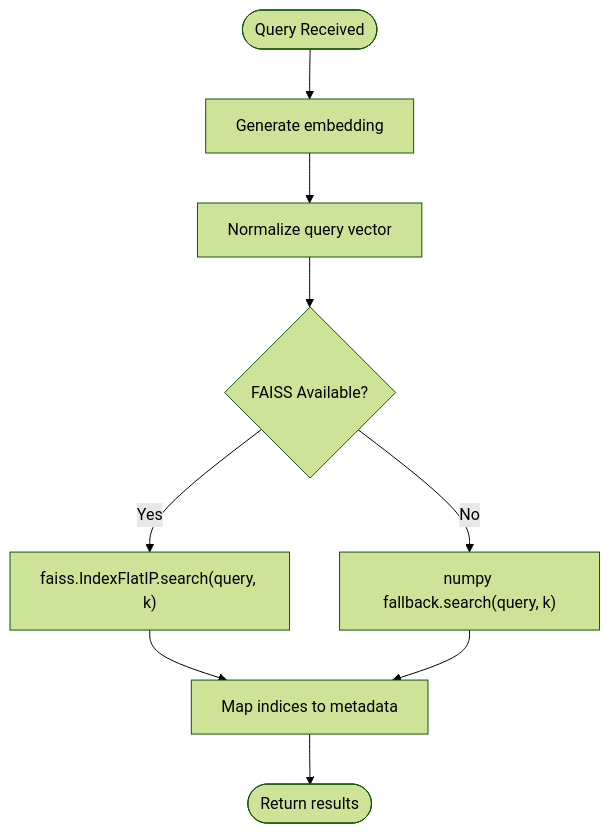
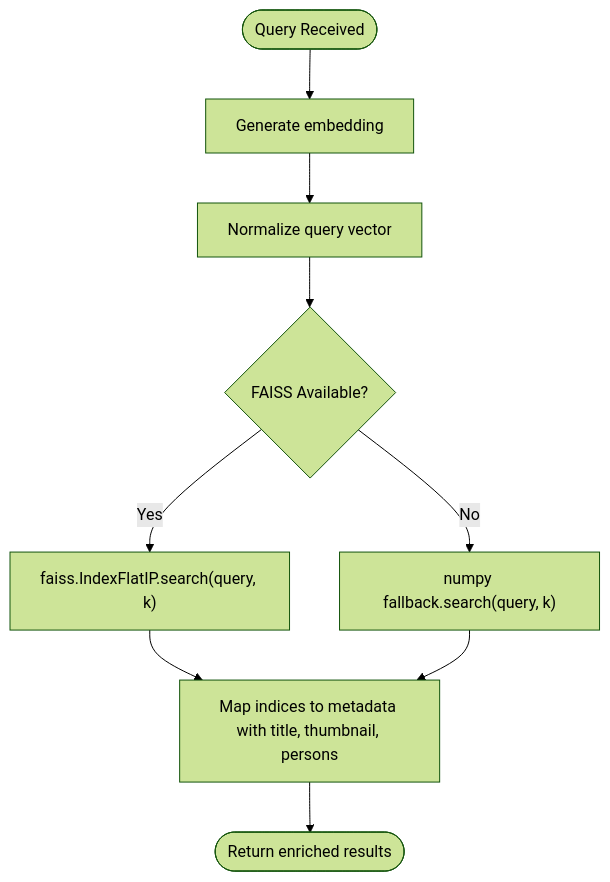
Before and after one commit to alexandreybasta-cyber/dubai-media-ai: the sixth of 9 diagrams in .qoder/repowiki/en/content/Media Processing Pipeline/Search Index Stage.md, drawn with Mermaid (forest theme). The commit also changed other lines of this file and 54 other files, not shown here.

````diff
--- a/.qoder/repowiki/en/content/Media Processing Pipeline/Search Index Stage.md
+++ b/.qoder/repowiki/en/content/Media Processing Pipeline/Search Index Stage.md
@@ -304,11 +315,11 @@
 ```mermaid
 flowchart TD
 QStart(["Query Received"]) --> E["Generate embedding"]
 E --> N["Normalize query vector"]
 N --> Backend{"FAISS Available?"}
 Backend --> |Yes| S["faiss.IndexFlatIP.search(query, k)"]
 Backend --> |No| SF["numpy fallback.search(query, k)"]
-S --> R["Map indices to metadata"]
+S --> R["Map indices to metadata with title, thumbnail, persons"]
 SF --> R
-R --> QEnd(["Return results"])
+R --> QEnd(["Return enriched results"])
 ```
````
